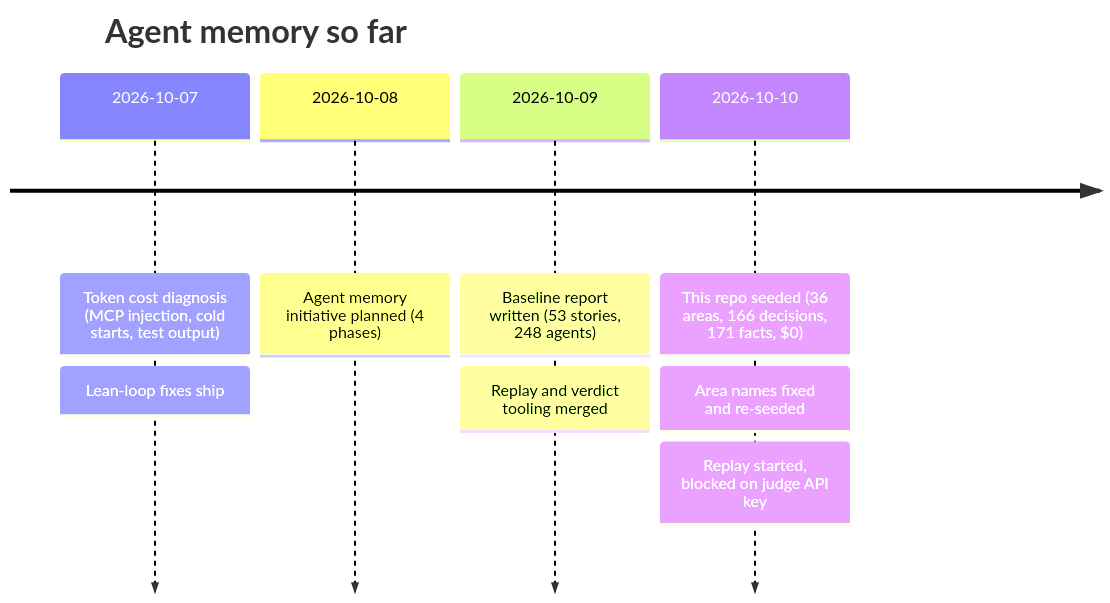
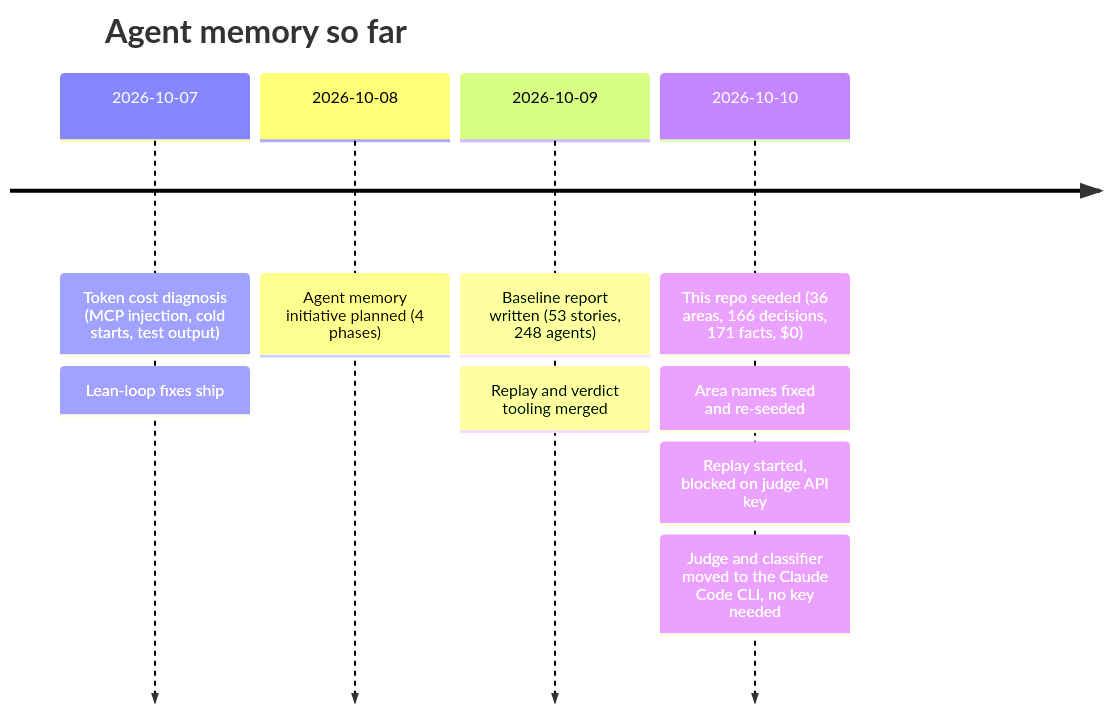
The fifth of 7 diagrams in docs/telemetry/agent-memory/README.md (denmercs/Orchestrator), drawn with Mermaid before and after one commit. The commit also changed other lines of this file and 8 other files, not shown here.

First line of the commit message:
Call Haiku through the Claude Code CLI instead of an API key

````diff
--- a/docs/telemetry/agent-memory/README.md
+++ b/docs/telemetry/agent-memory/README.md
@@ -186,12 +186,13 @@
 ```mermaid
 timeline
   title Agent memory so far
   2026-10-07 : Token cost diagnosis (MCP injection, cold starts, test output)
              : Lean-loop fixes ship
   2026-10-08 : Agent memory initiative planned (4 phases)
   2026-10-09 : Baseline report written (53 stories, 248 agents)
              : Replay and verdict tooling merged
   2026-10-10 : This repo seeded (36 areas, 166 decisions, 171 facts, $0)
              : Area names fixed and re-seeded
              : Replay started, blocked on judge API key
+             : Judge and classifier moved to the Claude Code CLI, no key needed
 ```
````
